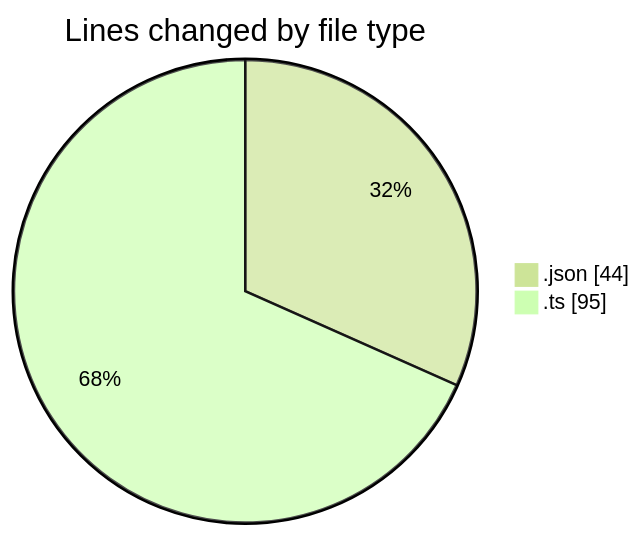
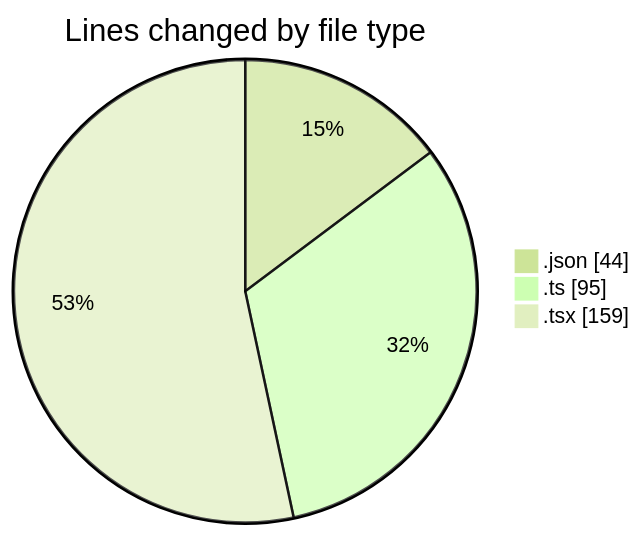
The first of 2 diagrams in 2025-10-24/eventscop-frontend-guide__workspace_/README.md (julien-gomy/code-tracking), drawn with Mermaid (forest theme) before and after one commit. The commit also changed other lines of this file and 1 other file, not shown here.

````diff
--- a/2025-10-24/eventscop-frontend-guide__workspace_/README.md
+++ b/2025-10-24/eventscop-frontend-guide__workspace_/README.md
@@ -21,6 +22,7 @@
 ```mermaid
 pie showData
 title Lines changed by file type
 ".json" : 44
 ".ts" : 95
+".tsx" : 159
 ```
````
